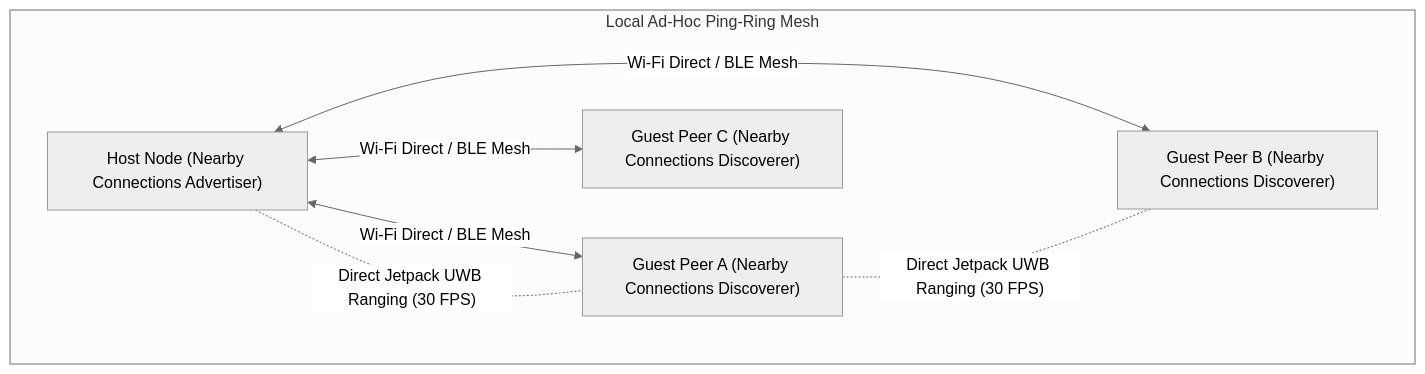
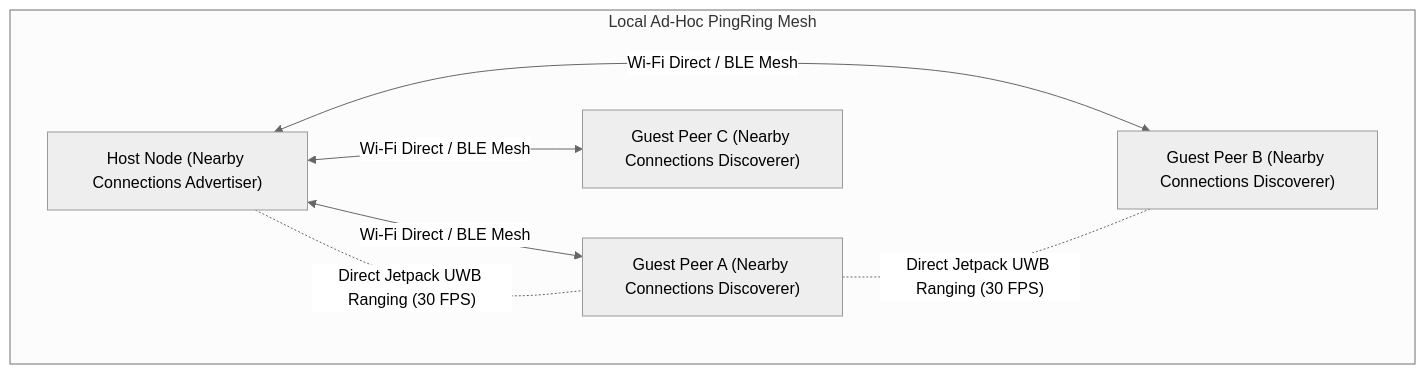
The diagram in README.md (fkurevija/PingRing), drawn with Mermaid (neutral theme) before and after one commit. The commit also changed other lines of this file and 8 other files, not shown here.

Commit message:
Refine PingRing settings and radar labels

````diff
--- a/README.md
+++ b/README.md
@@ -53,16 +53,16 @@
 ```mermaid
 graph TD
-    subgraph "Local Ad-Hoc Ping-Ring Mesh"
+    subgraph "Local Ad-Hoc PingRing Mesh"
         Host["Host Node (Nearby Connections Advertiser)"]
         PeerA["Guest Peer A (Nearby Connections Discoverer)"]
         PeerB["Guest Peer B (Nearby Connections Discoverer)"]
         PeerC["Guest Peer C (Nearby Connections Discoverer)"]
 
         Host <-->|"Wi-Fi Direct / BLE Mesh"| PeerA
         Host <-->|"Wi-Fi Direct / BLE Mesh"| PeerB
         Host <-->|"Wi-Fi Direct / BLE Mesh"| PeerC
 
         PeerA -.-|"Direct Jetpack UWB Ranging (30 FPS)"| PeerB
         Host -.-|"Direct Jetpack UWB Ranging (30 FPS)"| PeerA
     end
 ```
````
